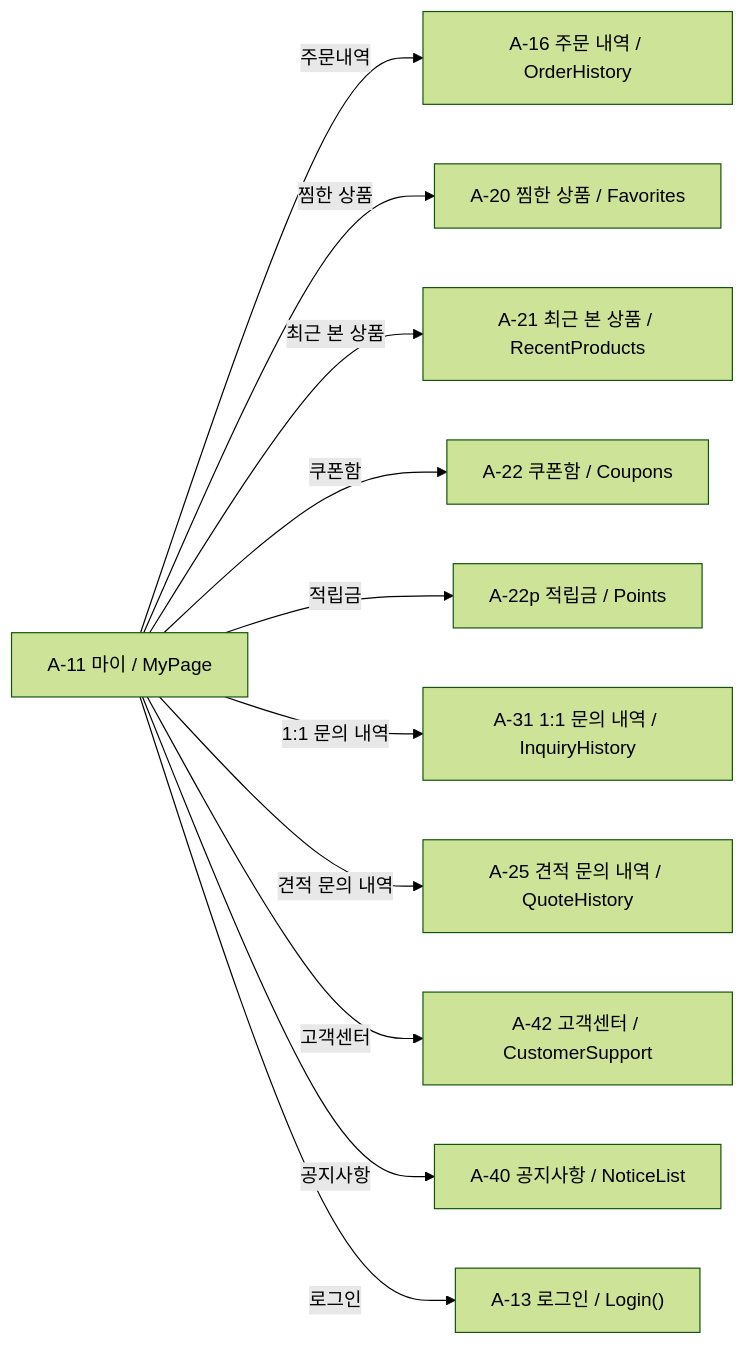
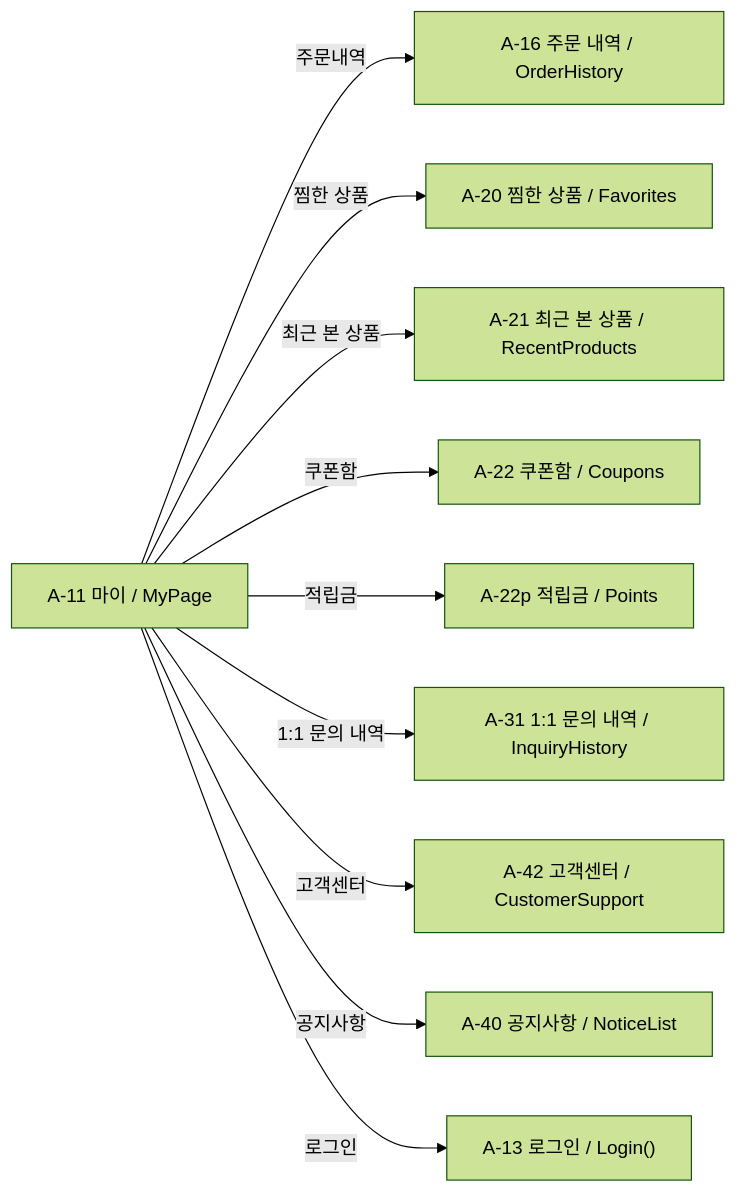
The sixth of 9 diagrams in docs/APP_FLOW.md (team-nativeLab/Eum-ShoppingMall-Android), drawn with Mermaid (forest theme) before and after one commit. The commit also changed other lines of this file and 226 other files, not shown here.

````diff
--- a/docs/APP_FLOW.md
+++ b/docs/APP_FLOW.md
@@ -123,13 +135,12 @@
 ```mermaid
 flowchart LR
     A11["A-11 마이 / MyPage"] -- 주문내역 --> A16["A-16 주문 내역 / OrderHistory"]
     A11 -- 찜한 상품 --> A20["A-20 찜한 상품 / Favorites"]
     A11 -- 최근 본 상품 --> A21["A-21 최근 본 상품 / RecentProducts"]
     A11 -- 쿠폰함 --> A22["A-22 쿠폰함 / Coupons"]
     A11 -- 적립금 --> A22p["A-22p 적립금 / Points"]
     A11 -- 1:1 문의 내역 --> A31["A-31 1:1 문의 내역 / InquiryHistory"]
-    A11 -- 견적 문의 내역 --> A25["A-25 견적 문의 내역 / QuoteHistory"]
     A11 -- 고객센터 --> A42["A-42 고객센터 / CustomerSupport"]
     A11 -- 공지사항 --> A40["A-40 공지사항 / NoticeList"]
     A11 -- 로그인 --> A13["A-13 로그인 / Login()"]
 ```
````
